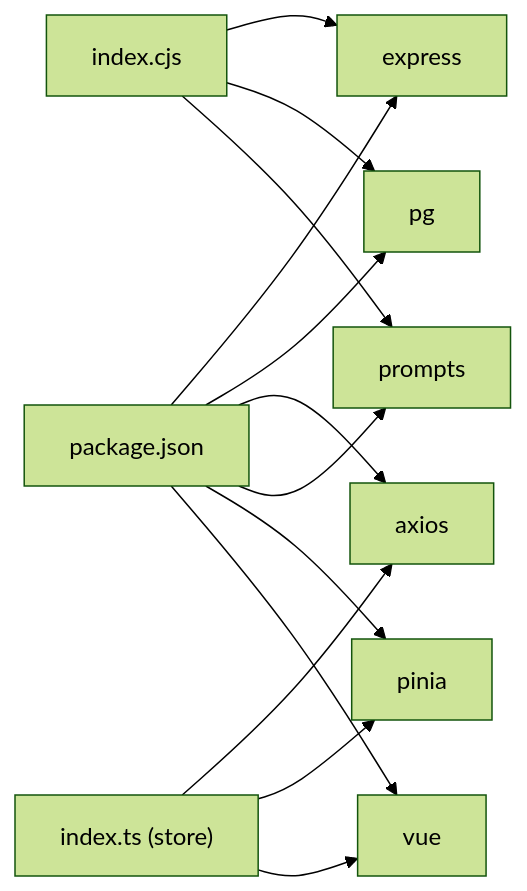
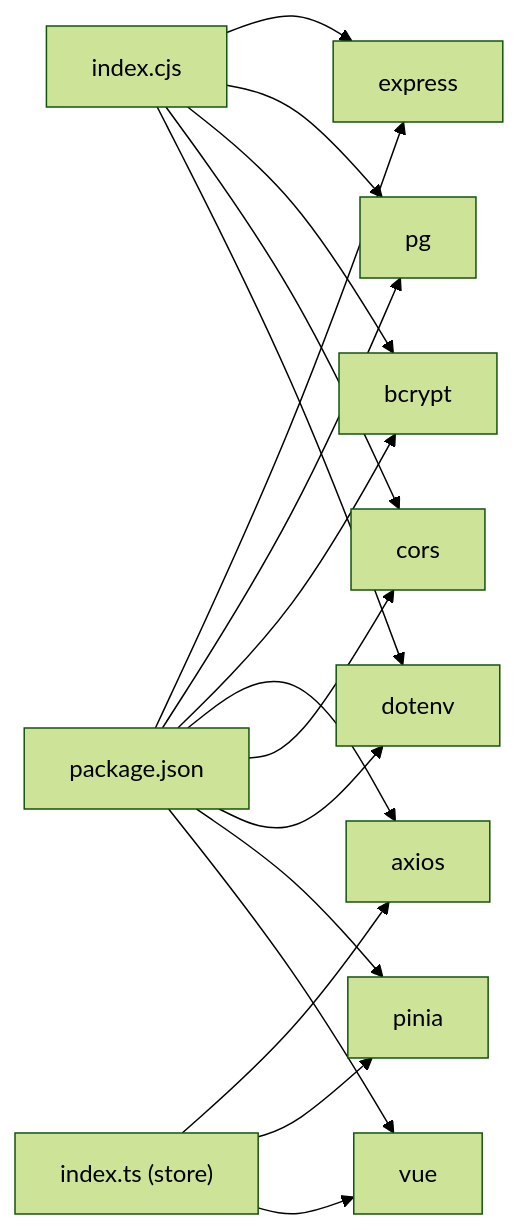
One commit to xinyo/startora changed the sixth of 6 diagrams in .qoder/repowiki/en/content/Database Schema.md. Above: the diagram before and after it, drawn with Mermaid (forest theme). The commit also changed other lines of this file and 19 other files, not shown here.

````diff
--- a/.qoder/repowiki/en/content/Database Schema.md
+++ b/.qoder/repowiki/en/content/Database Schema.md
@@ -299,15 +326,19 @@
 ```mermaid
 graph LR
 P["package.json"] --> E["express"]
 P --> PG["pg"]
+P --> BC["bcrypt"]
 P --> AX["axios"]
-P --> PR["prompts"]
+P --> CR["cors"]
+P --> DV["dotenv"]
 P --> PN["pinia"]
 P --> VR["vue"]
 S["index.cjs"] --> E
 S --> PG
-S --> PR
+S --> BC
+S --> CR
+S --> DV
 C["index.ts (store)"] --> AX
 C --> PN
 C --> VR
 ```
````
